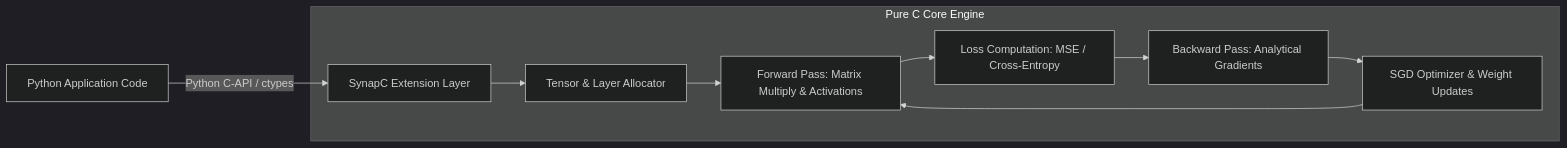
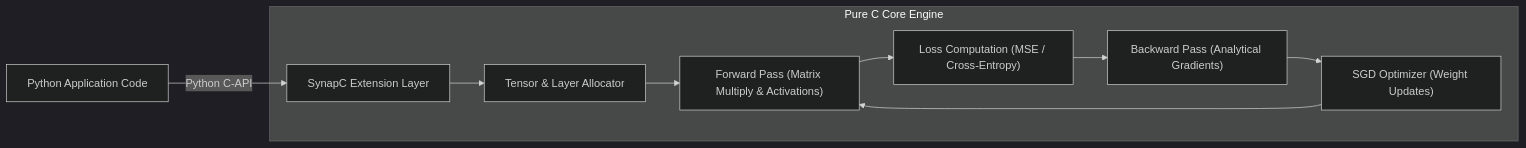
The diagram in content/projects/synapc.md (nagarajpoojari404/opennotes), drawn with Mermaid (dark theme) before and after one commit. The commit also changed 9 other files, not shown here.

````diff
--- a/content/projects/synapc.md
+++ b/content/projects/synapc.md
@@ -18,14 +18,13 @@
 ```mermaid
 flowchart LR
-    PythonApp[Python Application Code] -->|Python C-API / ctypes| Binding[SynapC Extension Layer]
+    PythonApp["Python Application Code"] -->|"Python C-API"| Binding["SynapC Extension Layer"]
     
-    subgraph CEngine [Pure C Core Engine]
-        Binding --> Alloc[Tensor & Layer Allocator]
-        Alloc --> Forward[Forward Pass: Matrix Multiply & Activations]
-        Forward --> Loss[Loss Computation: MSE / Cross-Entropy]
-        Loss --> Backward[Backward Pass: Analytical Gradients]
-        Backward --> Optimizer[SGD Optimizer & Weight Updates]
+    subgraph CEngine["Pure C Core Engine"]
+        Binding --> Alloc["Tensor & Layer Allocator"]
+        Alloc --> Forward["Forward Pass (Matrix Multiply & Activations)"]
+        Forward --> Loss["Loss Computation (MSE / Cross-Entropy)"]
+        Loss --> Backward["Backward Pass (Analytical Gradients)"]
+        Backward --> Optimizer["SGD Optimizer (Weight Updates)"]
+        Optimizer --> Forward
     end
-    
-    Optimizer --> Forward
 ```
````
